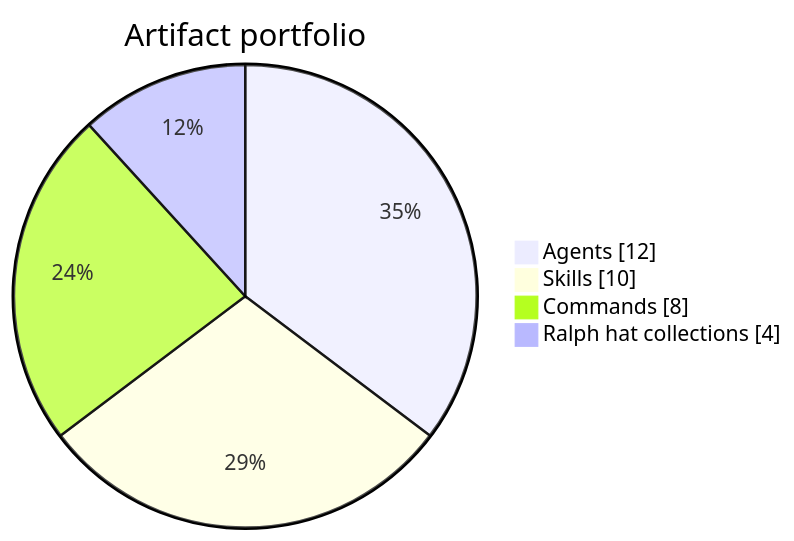
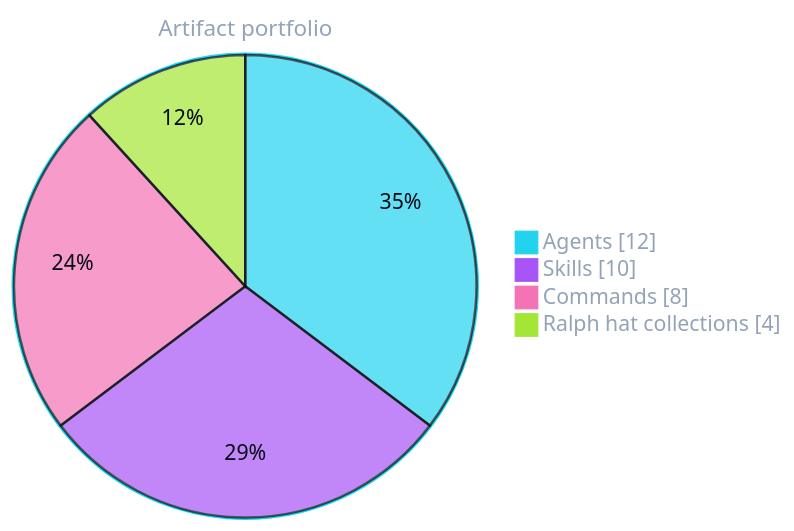
Before and after one commit to GabrielAlmeidaFlores/OPENCODE-TOOL-ENHANCER: the second of 6 diagrams in README.md, drawn with Mermaid. The commit also changed other lines of this file and 1 other file, not shown here.

Commit message:
docs: apply shared neon palette to all Mermaid diagrams

````diff
--- a/README.md
+++ b/README.md
@@ -153,8 +166,9 @@
 ```mermaid
+%%{init: {"theme":"base","themeVariables":{"pie1":"#22D3EE","pie2":"#A855F7","pie3":"#F472B6","pie4":"#A3E635","pieTitleTextSize":"18px","pieTitleTextColor":"#94A3B8","pieSectionTextColor":"#070B14","pieStrokeColor":"#070B14","pieOuterStrokeColor":"#22D3EE","pieLegendTextColor":"#94A3B8"}}}%%
 pie showData
     title Artifact portfolio
     "Agents" : 12
     "Skills" : 10
     "Commands" : 8
     "Ralph hat collections" : 4
 ```
````
